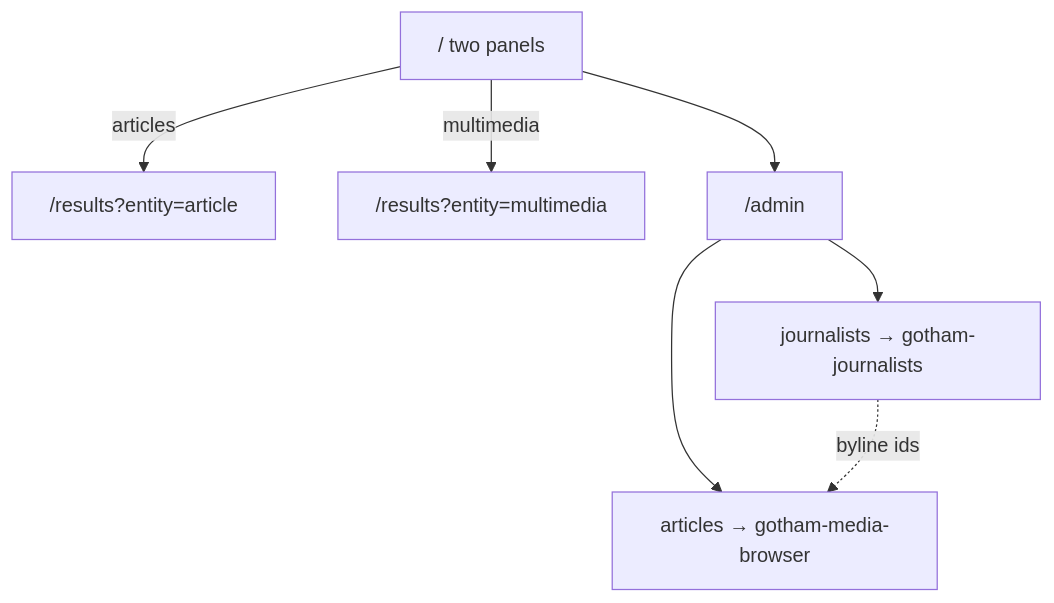
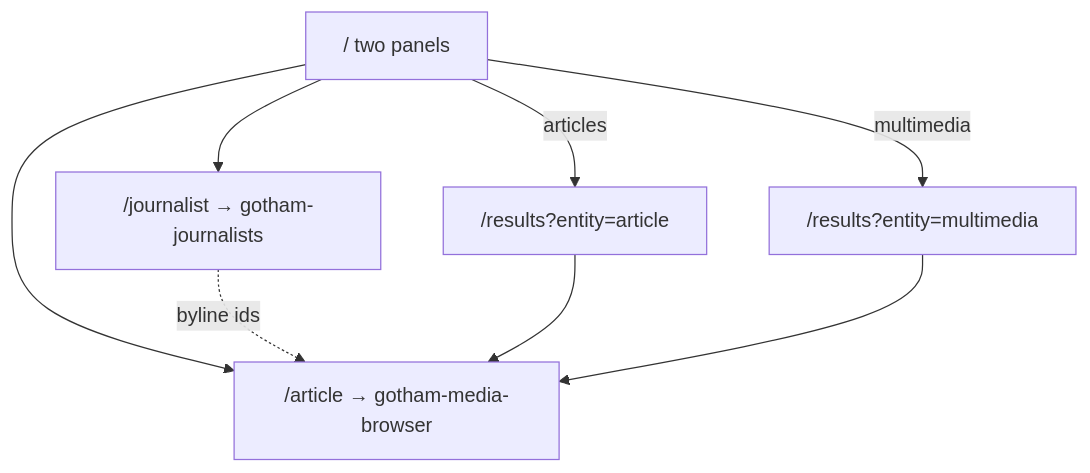
One commit to bigfito/gotham-media-browser changed the diagram in docs/frontend-information-architecture.md. Above: the diagram before and after it, drawn with Mermaid. The commit also changed other lines of this file and 12 other files, not shown here.

First line of the commit message:
Replace /admin with /journalist and /article CRUD mockups

````diff
--- a/docs/frontend-information-architecture.md
+++ b/docs/frontend-information-architecture.md
@@ -97,10 +113,11 @@
 ```mermaid
 flowchart TD
   L["/ two panels"]
   L -->|articles| RA["/results?entity=article"]
   L -->|multimedia| RM["/results?entity=multimedia"]
-  L --> A["/admin"]
-  A --> J["journalists → gotham-journalists"]
-  A --> C["articles → gotham-media-browser"]
+  L --> J["/journalist → gotham-journalists"]
+  L --> C["/article → gotham-media-browser"]
   J -.->|byline ids| C
+  RA --> C
+  RM --> C
 ```
````
